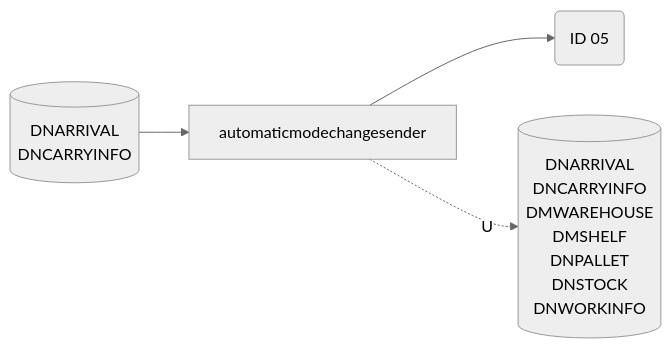
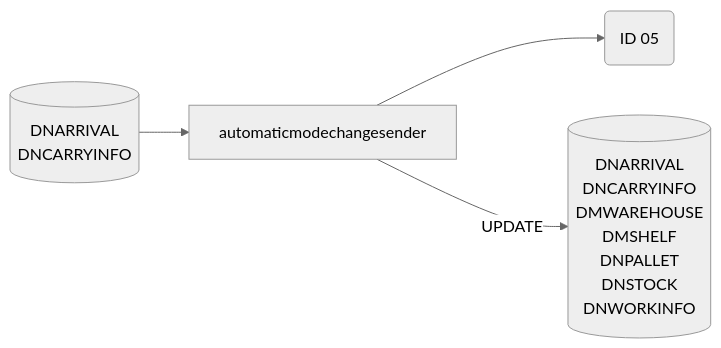
The third of 6 diagrams in Basic-Design/DFD-WMS/Storage/Palletizing-Settting/Palletize-Start.md (luthfiadityaa/SimeDarby-Wiki), drawn with Mermaid (neutral theme) before and after one commit. The commit also changed other lines of this file, not shown here.

```diff
--- a/Basic-Design/DFD-WMS/Storage/Palletizing-Settting/Palletize-Start.md
+++ b/Basic-Design/DFD-WMS/Storage/Palletizing-Settting/Palletize-Start.md
@@ -419,23 +430,23 @@
 ::: mermaid
 flowchart LR
 automaticmodechangesender-update[("
 DNARRIVAL
 DNCARRYINFO
 DMWAREHOUSE
 DMSHELF
 DNPALLET
 DNSTOCK
 DNWORKINFO
 ")]
 automaticmodechangesender-input[("
 DNARRIVAL
 DNCARRYINFO
 ")]
 
 id05msg("
 ID 05
 ")
 
 automaticmodechangesender-input-->automaticmodechangesender-->id05msg
-automaticmodechangesender-.U.->automaticmodechangesender-update
+automaticmodechangesender--> |UPDATE| automaticmodechangesender-update
 :::
```
